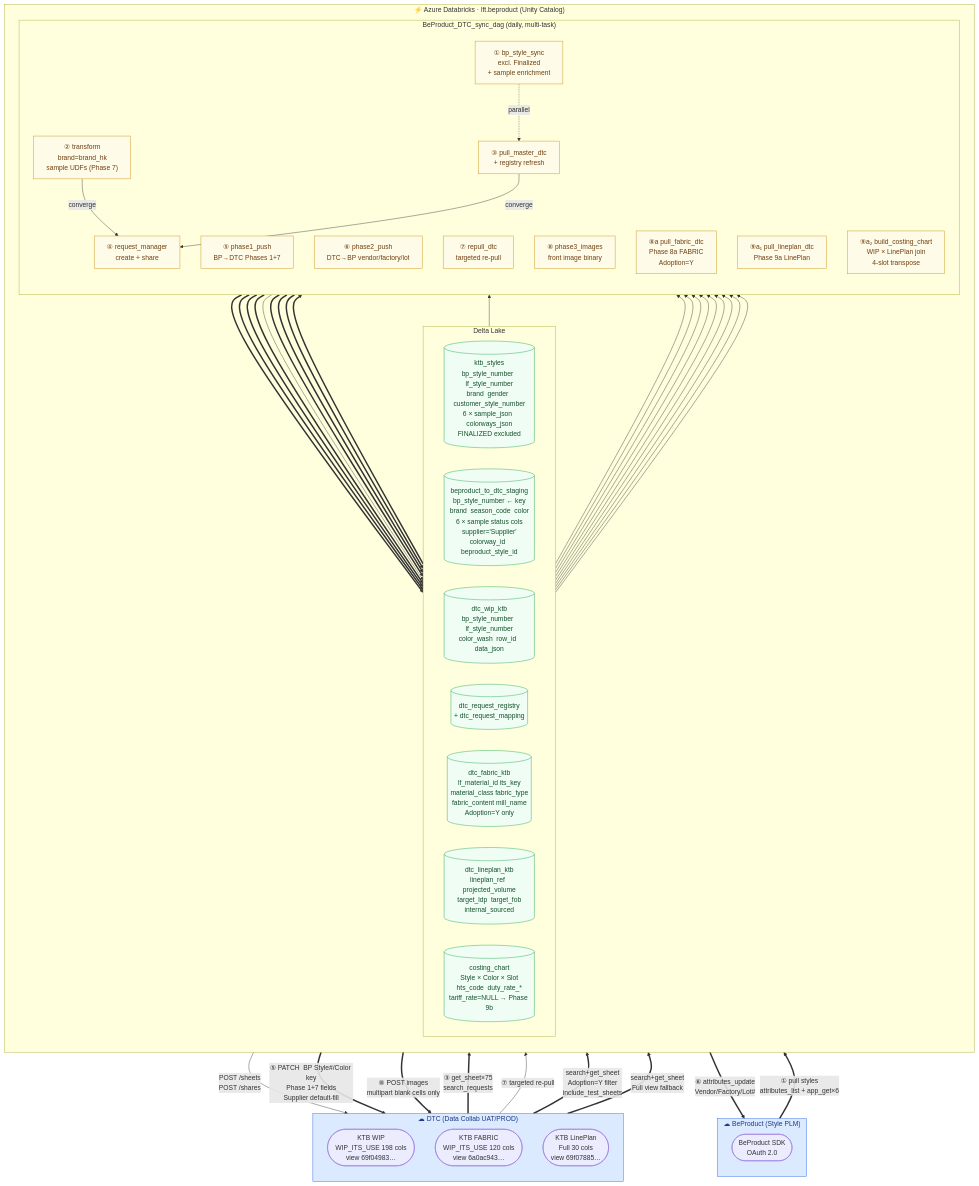
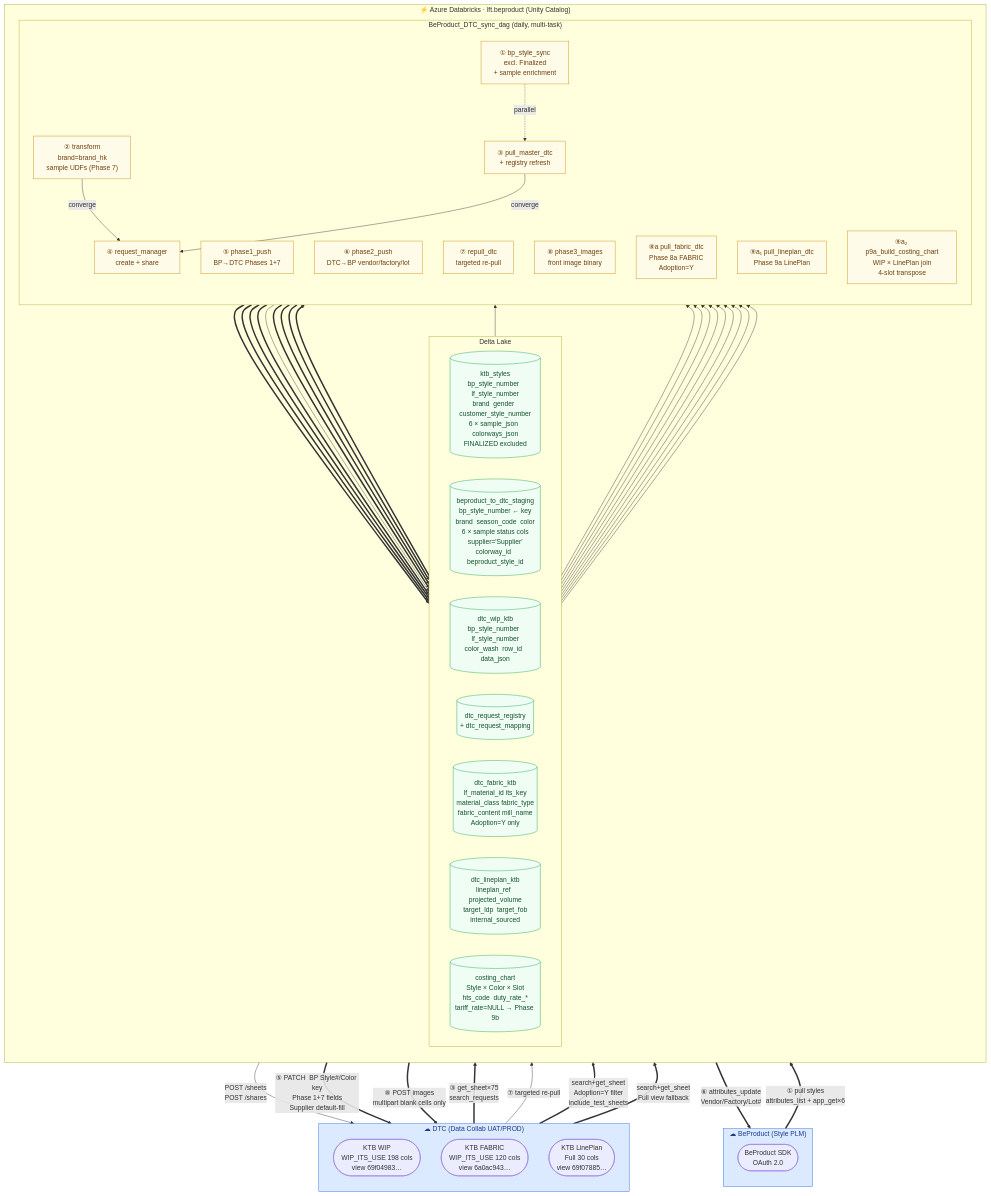
One commit to aukei/beproduct-databricks-sync changed the diagram in docs/DIAGRAM.md. Above: the diagram before and after it, drawn with Mermaid. The commit also changed 41 other files, not shown here.

```diff
--- a/docs/DIAGRAM.md
+++ b/docs/DIAGRAM.md
@@ -54,7 +54,7 @@
             S8["⑧ phase3_images\nfront image binary"]
             S8A["⑧a pull_fabric_dtc\nPhase 8a  FABRIC\nAdoption=Y"]
             S9A1["⑨a₁ pull_lineplan_dtc\nPhase 9a  LinePlan"]
-            S9A2["⑨a₂ build_costing_chart\nWIP × LinePlan join\n4-slot transpose"]
+            S9A2["⑨a₂ p9a_build_costing_chart\nWIP × LinePlan join\n4-slot transpose"]
         end
     end
 
```
